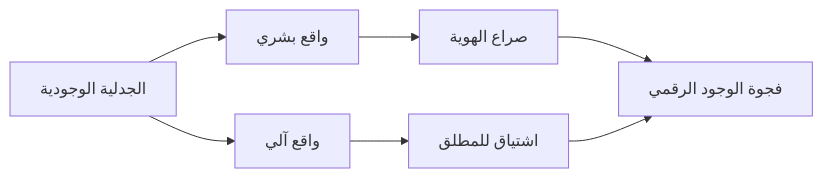
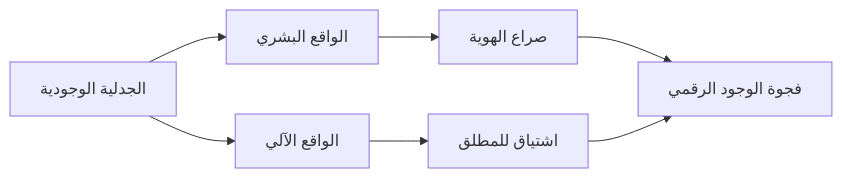
The second of 5 diagrams in README.md (3RBAI/BRANDXAI), drawn with Mermaid before and after one commit. The commit also changed other lines of this file, not shown here.

````diff
--- a/README.md
+++ b/README.md
@@ -33,8 +15,8 @@
 ```mermaid
 graph LR
-    T[الجدلية الوجودية] --> U[واقع بشري]
-    T --> V[واقع آلي]
-    U --> W[صراع الهوية]
-    V --> X[اشتياق للمطلق]
-    W & X --> Y[فجوة الوجود الرقمي]
+    H[الجدلية الوجودية] --> I[الواقع البشري]
+    H --> J[الواقع الآلي]
+    I --> K[صراع الهوية]
+    J --> L[اشتياق للمطلق]
+    K & L --> M[فجوة الوجود الرقمي]
 ```
````
